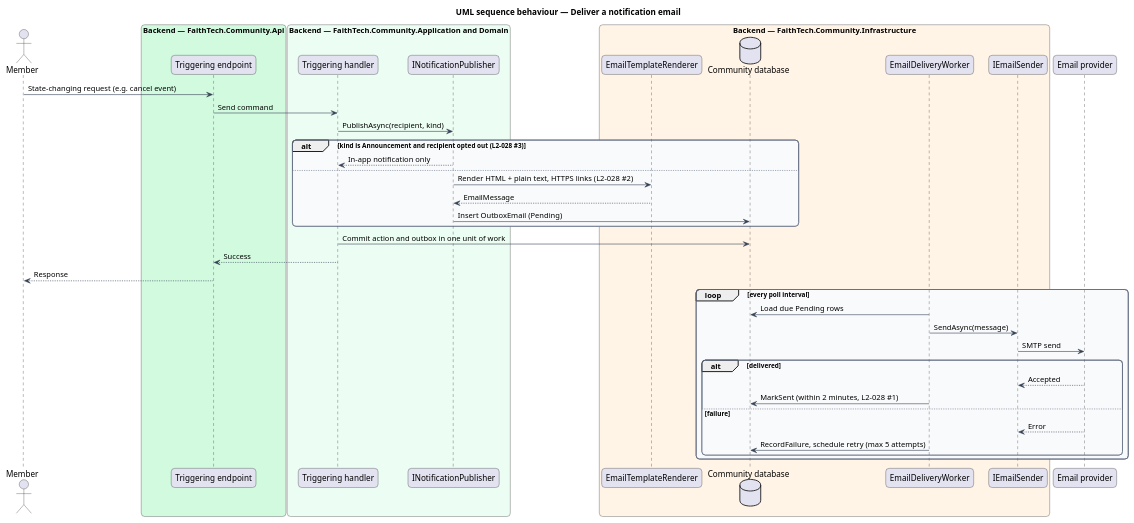
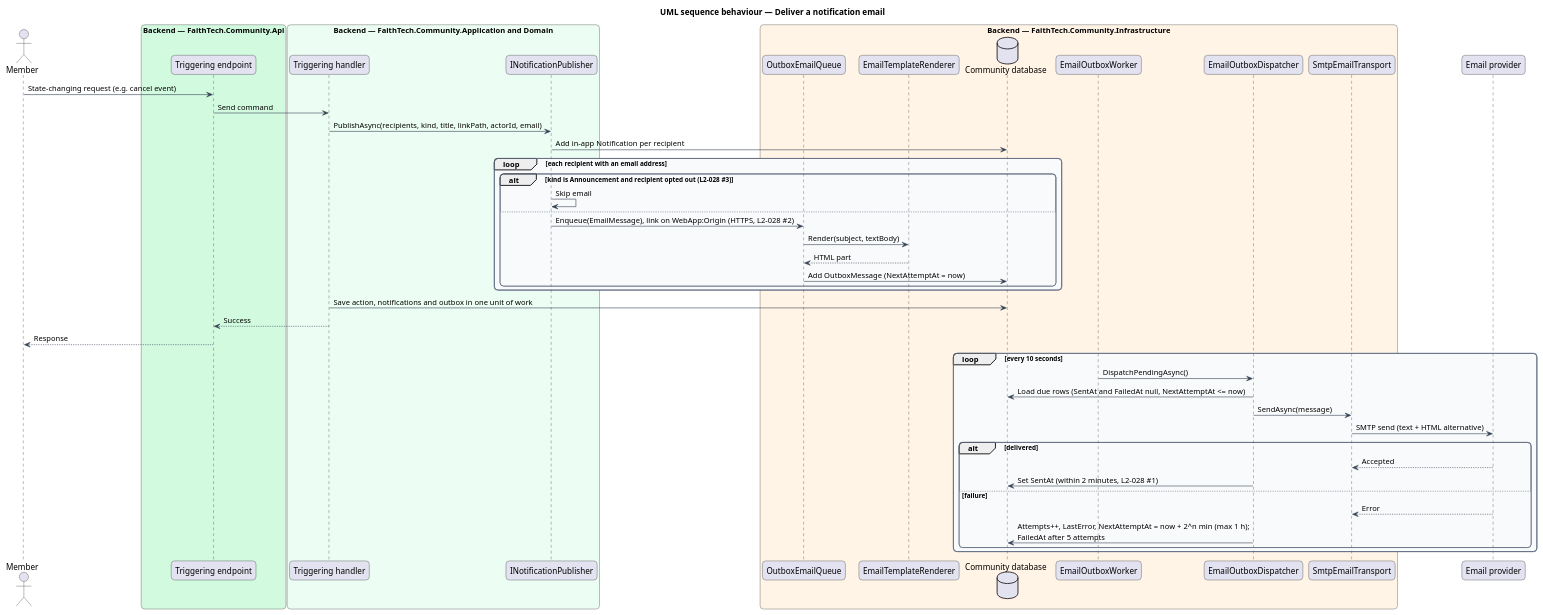
One commit to QuinntyneBrown/faithtech-community changed the diagram in docs/detailed-designs/notifications/email-notifications/diagrams/sequence-deliver-email.puml. Above: the diagram before and after it, drawn with PlantUML. The commit also changed 33 other files, not shown here.

First line of the commit message:
Redraw the notification, announcement and search diagrams to match the code

```diff
--- a/docs/detailed-designs/notifications/email-notifications/diagrams/sequence-deliver-email.puml
+++ b/docs/detailed-designs/notifications/email-notifications/diagrams/sequence-deliver-email.puml
@@ -1,57 +1,64 @@
 @startuml
 title UML sequence behaviour — Deliver a notification email
 skinparam backgroundColor #FFFFFF
 skinparam shadowing false
 skinparam roundcorner 12
 skinparam defaultFontName Arial
 skinparam ArrowColor #344054
 skinparam rectangle {
   BorderColor #344054
   FontColor #101828
 }
 skinparam package {
   BorderColor #667085
   FontColor #101828
   BackgroundColor #F9FAFB
 }
 actor "Member" as actor
 box "Backend — FaithTech.Community.Api" #D1FADF
   participant "Triggering endpoint" as ep
 end box
 box "Backend — FaithTech.Community.Application and Domain" #ECFDF3
   participant "Triggering handler" as h
   participant "INotificationPublisher" as pub
 end box
 box "Backend — FaithTech.Community.Infrastructure" #FFF4E5
+  participant "OutboxEmailQueue" as q
   participant "EmailTemplateRenderer" as r
   database "Community database" as db
-  participant "EmailDeliveryWorker" as w
-  participant "IEmailSender" as s
+  participant "EmailOutboxWorker" as w
+  participant "EmailOutboxDispatcher" as d
+  participant "SmtpEmailTransport" as s
 end box
 participant "Email provider" as prov
 actor -> ep : State-changing request (e.g. cancel event)
 ep -> h : Send command
-h -> pub : PublishAsync(recipient, kind)
-alt kind is Announcement and recipient opted out (L2-028 #3)
-  pub --> h : In-app notification only
-else
-  pub -> r : Render HTML + plain text, HTTPS links (L2-028 #2)
-  r --> pub : EmailMessage
-  pub -> db : Insert OutboxEmail (Pending)
+h -> pub : PublishAsync(recipients, kind, title, linkPath, actorId, email)
+pub -> db : Add in-app Notification per recipient
+loop each recipient with an email address
+  alt kind is Announcement and recipient opted out (L2-028 #3)
+    pub -> pub : Skip email
+  else
+    pub -> q : Enqueue(EmailMessage), link on WebApp:Origin (HTTPS, L2-028 #2)
+    q -> r : Render(subject, textBody)
+    r --> q : HTML part
+    q -> db : Add OutboxMessage (NextAttemptAt = now)
+  end
 end
-h -> db : Commit action and outbox in one unit of work
+h -> db : Save action, notifications and outbox in one unit of work
 h --> ep : Success
 ep --> actor : Response
-loop every poll interval
-  w -> db : Load due Pending rows
-  w -> s : SendAsync(message)
-  s -> prov : SMTP send
+loop every 10 seconds
+  w -> d : DispatchPendingAsync()
+  d -> db : Load due rows (SentAt and FailedAt null, NextAttemptAt <= now)
+  d -> s : SendAsync(message)
+  s -> prov : SMTP send (text + HTML alternative)
   alt delivered
     prov --> s : Accepted
-    w -> db : MarkSent (within 2 minutes, L2-028 #1)
+    d -> db : Set SentAt (within 2 minutes, L2-028 #1)
   else failure
     prov --> s : Error
-    w -> db : RecordFailure, schedule retry (max 5 attempts)
+    d -> db : Attempts++, LastError, NextAttemptAt = now + 2^n min (max 1 h);\nFailedAt after 5 attempts
   end
 end
 @enduml
```
